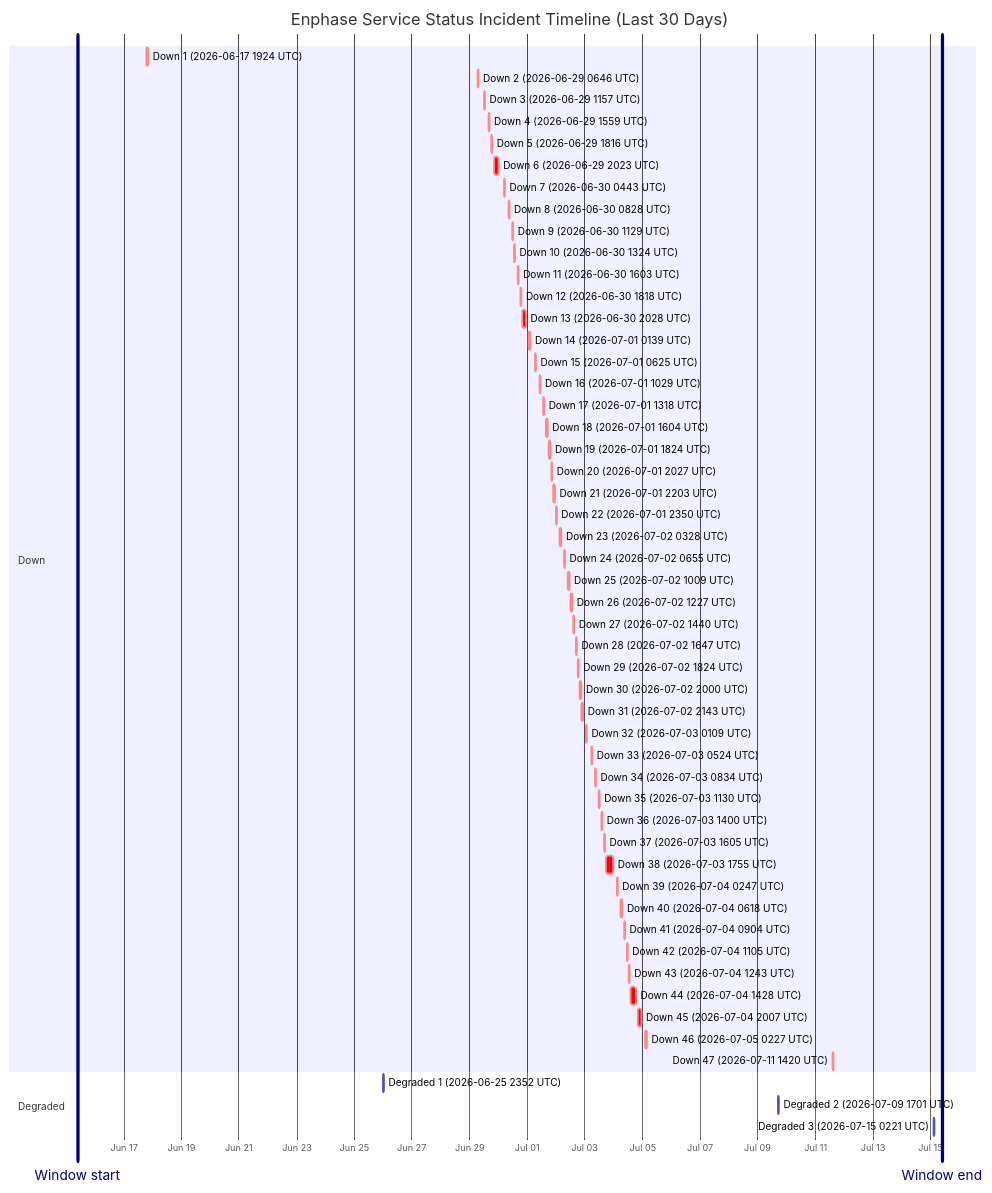
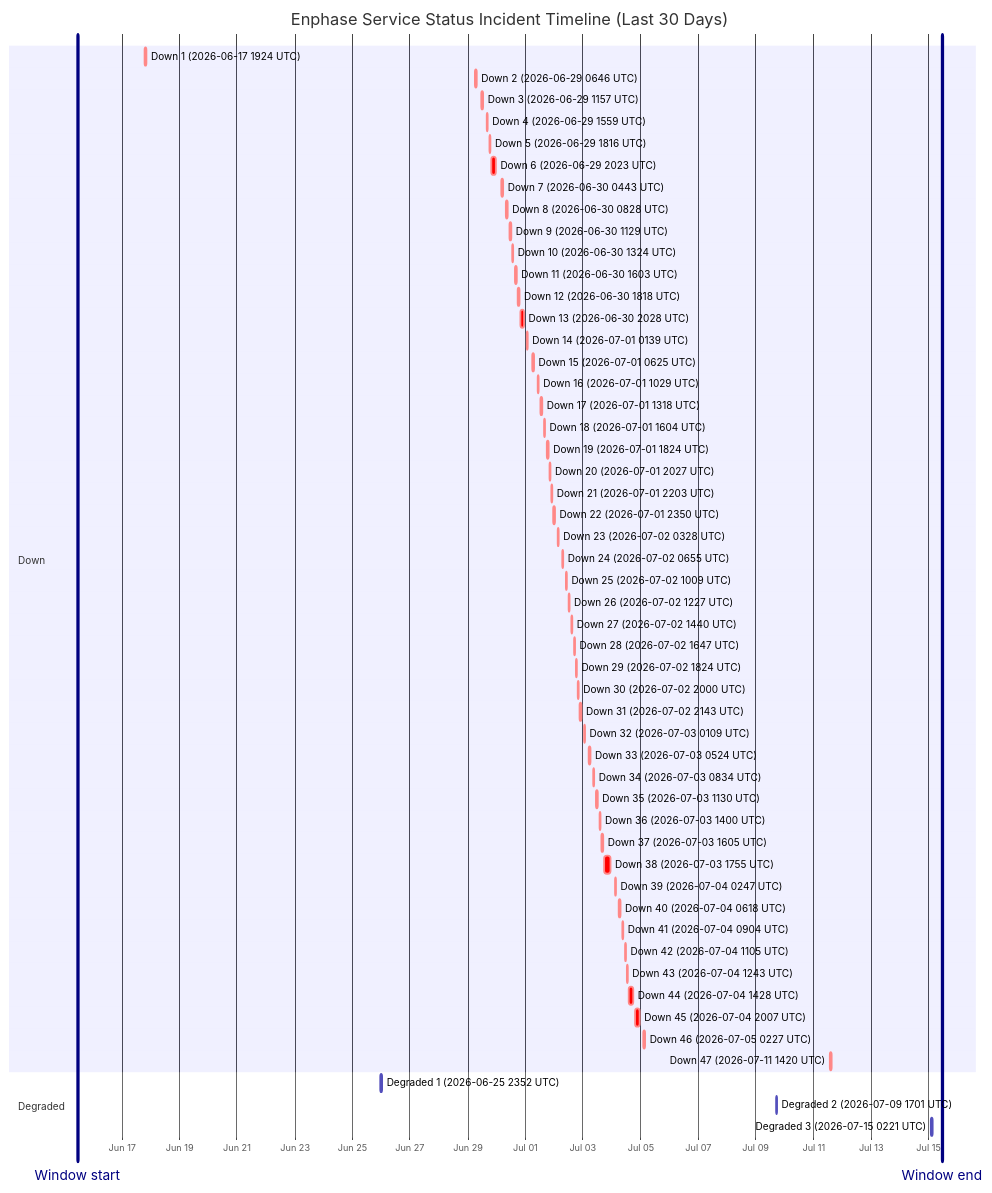
One commit to barneyonline/ha-enphase-energy changed the diagram in wiki/Service-Status-History.md. Above: the diagram before and after it, drawn with Mermaid. The commit also changed other lines of this file and 3 other files, not shown here.

````diff
--- a/wiki/Service-Status-History.md
+++ b/wiki/Service-Status-History.md
@@ -14,60 +14,60 @@
 ```mermaid
 gantt
     title Enphase Service Status Incident Timeline (Last 30 Days)
     dateFormat  YYYY-MM-DDTHH:mm:ss
     axisFormat  %b %d
-    Window start :vert, window-start, 2026-06-15T09:30:09, 0ms
-    Window end :vert, window-end, 2026-07-15T09:30:09, 0ms
+    Window start :vert, window-start, 2026-06-15T11:11:35, 0ms
+    Window end :vert, window-end, 2026-07-15T11:11:35, 0ms
     section Down
     Down 1 (2026-06-17 1924 UTC) :crit, down-1, 2026-06-17T19:24:51, 60m
     Down 2 (2026-06-29 0646 UTC) :crit, down-2, 2026-06-29T06:46:18, 60m
     Down 3 (2026-06-29 1157 UTC) :crit, down-3, 2026-06-29T11:57:36, 60m
     Down 4 (2026-06-29 1559 UTC) :crit, down-4, 2026-06-29T15:59:02, 60m
     Down 5 (2026-06-29 1816 UTC) :crit, down-5, 2026-06-29T18:16:38, 60m
     Down 6 (2026-06-29 2023 UTC) :crit, down-6, 2026-06-29T20:23:16, 220m
     Down 7 (2026-06-30 0443 UTC) :crit, down-7, 2026-06-30T04:43:54, 60m
     Down 8 (2026-06-30 0828 UTC) :crit, down-8, 2026-06-30T08:28:43, 60m
     Down 9 (2026-06-30 1129 UTC) :crit, down-9, 2026-06-30T11:29:15, 60m
     Down 10 (2026-06-30 1324 UTC) :crit, down-10, 2026-06-30T13:24:25, 60m
     Down 11 (2026-06-30 1603 UTC) :crit, down-11, 2026-06-30T16:03:26, 60m
     Down 12 (2026-06-30 1818 UTC) :crit, down-12, 2026-06-30T18:18:39, 60m
     Down 13 (2026-06-30 2028 UTC) :crit, down-13, 2026-06-30T20:28:54, 171m
     Down 14 (2026-07-01 0139 UTC) :crit, down-14, 2026-07-01T01:39:18, 60m
     Down 15 (2026-07-01 0625 UTC) :crit, down-15, 2026-07-01T06:25:35, 60m
     Down 16 (2026-07-01 1029 UTC) :crit, down-16, 2026-07-01T10:29:24, 60m
     Down 17 (2026-07-01 1318 UTC) :crit, down-17, 2026-07-01T13:18:31, 60m
     Down 18 (2026-07-01 1604 UTC) :crit, down-18, 2026-07-01T16:04:29, 60m
     Down 19 (2026-07-01 1824 UTC) :crit, down-19, 2026-07-01T18:24:21, 60m
     Down 20 (2026-07-01 2027 UTC) :crit, down-20, 2026-07-01T20:27:17, 60m
     Down 21 (2026-07-01 2203 UTC) :crit, down-21, 2026-07-01T22:03:46, 60m
     Down 22 (2026-07-01 2350 UTC) :crit, down-22, 2026-07-01T23:50:52, 60m
     Down 23 (2026-07-02 0328 UTC) :crit, down-23, 2026-07-02T03:28:33, 60m
     Down 24 (2026-07-02 0655 UTC) :crit, down-24, 2026-07-02T06:55:07, 60m
     Down 25 (2026-07-02 1009 UTC) :crit, down-25, 2026-07-02T10:09:15, 60m
     Down 26 (2026-07-02 1227 UTC) :crit, down-26, 2026-07-02T12:27:49, 60m
     Down 27 (2026-07-02 1440 UTC) :crit, down-27, 2026-07-02T14:40:53, 60m
     Down 28 (2026-07-02 1647 UTC) :crit, down-28, 2026-07-02T16:47:47, 60m
     Down 29 (2026-07-02 1824 UTC) :crit, down-29, 2026-07-02T18:24:26, 60m
     Down 30 (2026-07-02 2000 UTC) :crit, down-30, 2026-07-02T20:00:57, 60m
     Down 31 (2026-07-02 2143 UTC) :crit, down-31, 2026-07-02T21:43:52, 80m
     Down 32 (2026-07-03 0109 UTC) :crit, down-32, 2026-07-03T01:09:19, 60m
     Down 33 (2026-07-03 0524 UTC) :crit, down-33, 2026-07-03T05:24:23, 60m
     Down 34 (2026-07-03 0834 UTC) :crit, down-34, 2026-07-03T08:34:05, 60m
     Down 35 (2026-07-03 1130 UTC) :crit, down-35, 2026-07-03T11:30:41, 60m
     Down 36 (2026-07-03 1400 UTC) :crit, down-36, 2026-07-03T14:00:48, 60m
     Down 37 (2026-07-03 1605 UTC) :crit, down-37, 2026-07-03T16:05:49, 60m
     Down 38 (2026-07-03 1755 UTC) :crit, down-38, 2026-07-03T17:55:54, 338m
     Down 39 (2026-07-04 0247 UTC) :crit, down-39, 2026-07-04T02:47:22, 60m
     Down 40 (2026-07-04 0618 UTC) :crit, down-40, 2026-07-04T06:18:09, 60m
     Down 41 (2026-07-04 0904 UTC) :crit, down-41, 2026-07-04T09:04:41, 60m
     Down 42 (2026-07-04 1105 UTC) :crit, down-42, 2026-07-04T11:05:21, 60m
     Down 43 (2026-07-04 1243 UTC) :crit, down-43, 2026-07-04T12:43:25, 60m
     Down 44 (2026-07-04 1428 UTC) :crit, down-44, 2026-07-04T14:28:07, 243m
     Down 45 (2026-07-04 2007 UTC) :crit, down-45, 2026-07-04T20:07:50, 206m
     Down 46 (2026-07-05 0227 UTC) :crit, down-46, 2026-07-05T02:27:32, 109m
     Down 47 (2026-07-11 1420 UTC) :crit, down-47, 2026-07-11T14:20:54, 69m
     section Degraded
     Degraded 1 (2026-06-25 2352 UTC) :active, degraded-1, 2026-06-25T23:52:01, 60m
     Degraded 2 (2026-07-09 1701 UTC) :active, degraded-2, 2026-07-09T17:01:02, 60m
     Degraded 3 (2026-07-15 0221 UTC) :active, degraded-3, 2026-07-15T02:21:35, 60m
 ```
````
